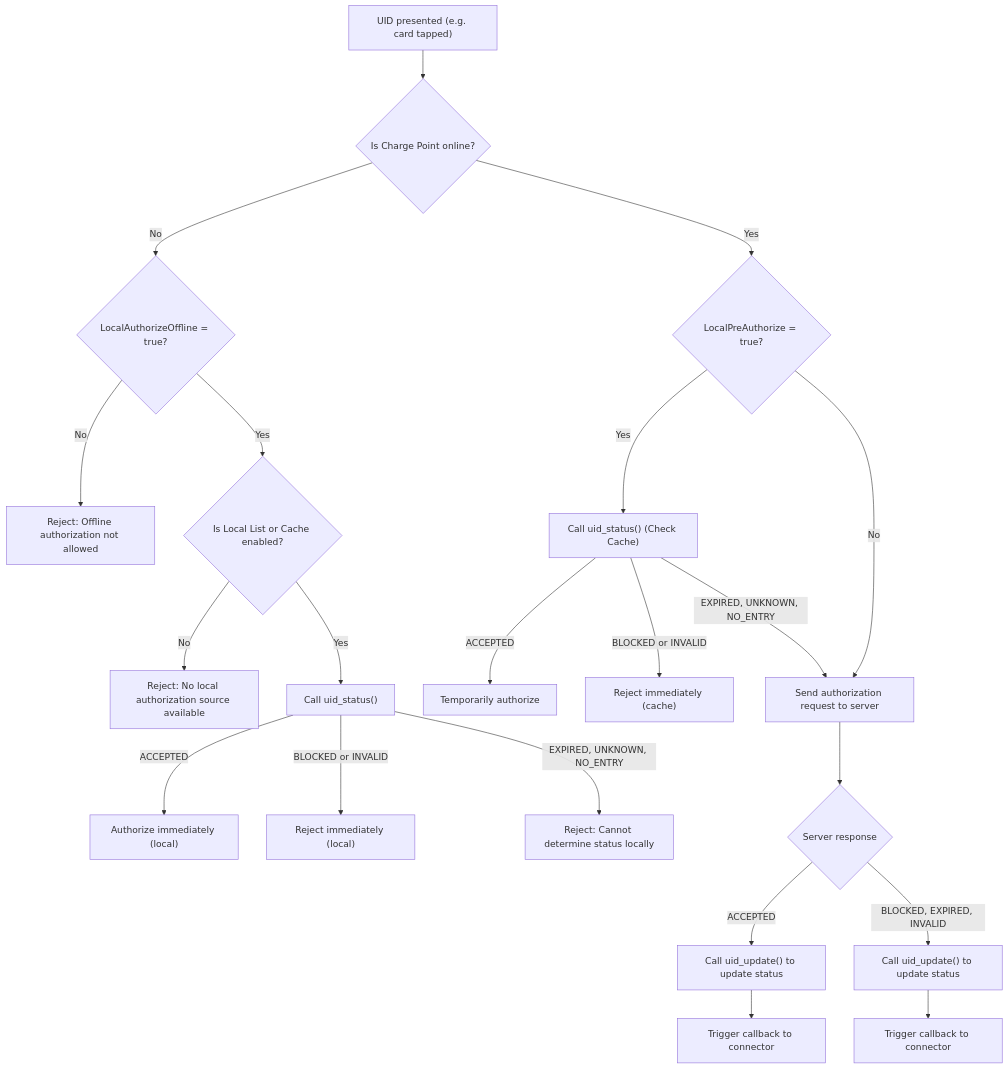
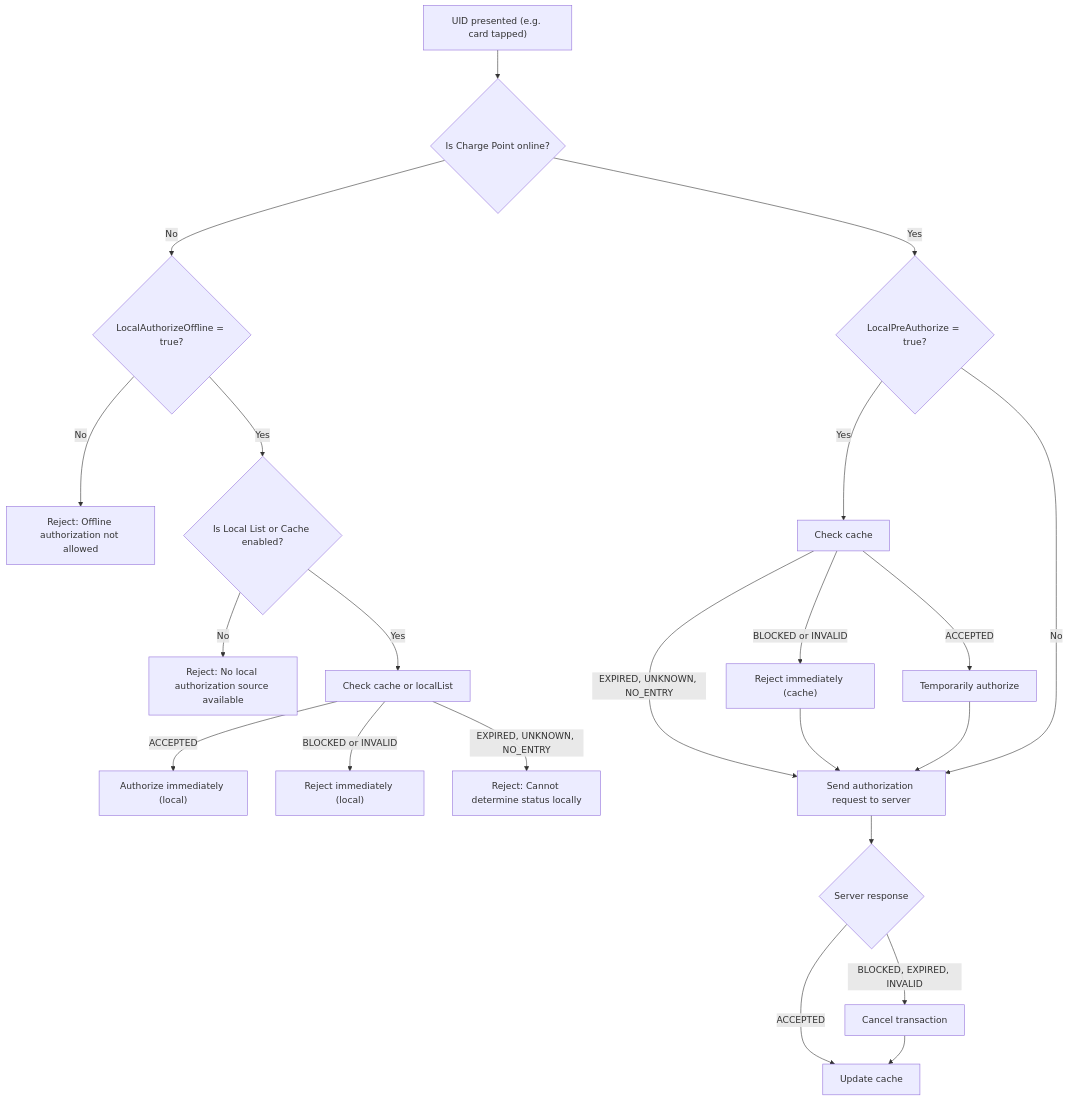
Before and after one commit to pazzk-labs/evse: the diagram in docs/ocpp_auth.md, drawn with Mermaid. The commit also changed 3 other files, not shown here.

````diff
--- a/docs/ocpp_auth.md
+++ b/docs/ocpp_auth.md
@@ -28,29 +28,32 @@
 ```mermaid
 flowchart TD
     A["UID presented (e.g. card tapped)"] --> B{"Is Charge Point online?"}
 
     %% Offline handling
     B -->|No| C{"LocalAuthorizeOffline = true?"}
     C -->|No| Z1["Reject: Offline authorization not allowed"]
 
     C -->|Yes| D{"Is Local List or Cache enabled?"}
     D -->|No| Z2["Reject: No local authorization source available"]
 
-    D -->|Yes| E["Call uid_status()"]
+    D -->|Yes| E["Check cache or localList"]
     E -->|ACCEPTED| F["Authorize immediately (local)"]
     E -->|"BLOCKED or INVALID"| G["Reject immediately (local)"]
     E -->|"EXPIRED, UNKNOWN, NO_ENTRY"| Z3["Reject: Cannot determine status locally"]
 
     %% Online handling
     B -->|Yes| H{"LocalPreAuthorize = true?"}
-    H -->|Yes| I["Call uid_status() (Check Cache)"]
+    H -->|Yes| I["Check cache"]
     I -->|ACCEPTED| J["Temporarily authorize"]
     I -->|"BLOCKED or INVALID"| K["Reject immediately (cache)"]
     I -->|"EXPIRED, UNKNOWN, NO_ENTRY"| L["Send authorization request to server"]
+    K --> L
+    J --> L
 
     H -->|No| L["Send authorization request to server"]
 
     L --> M{"Server response"}
-    M -->|ACCEPTED| N["Call uid_update() to update status"] --> N2["Trigger callback to connector"]
-    M -->|"BLOCKED, EXPIRED, INVALID"| O["Call uid_update() to update status"] --> O2["Trigger callback to connector"]
+    M -->|ACCEPTED| N["Update cache"]
+    M -->|"BLOCKED, EXPIRED, INVALID"| O["Cancel transaction"]
+    O --> N
 ```
````
